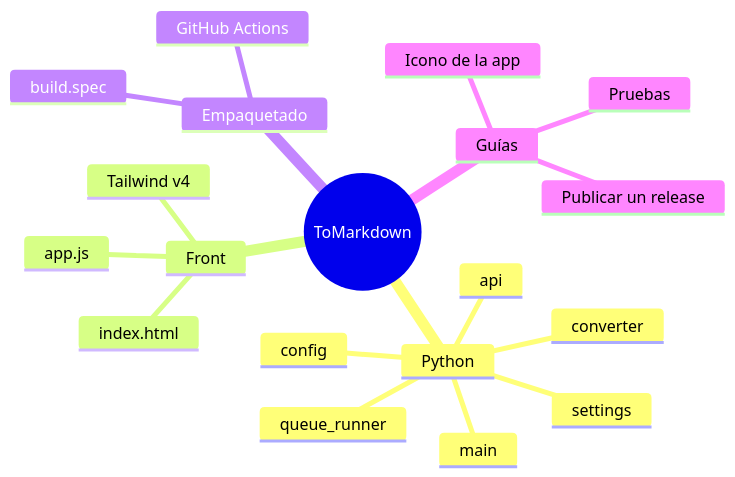
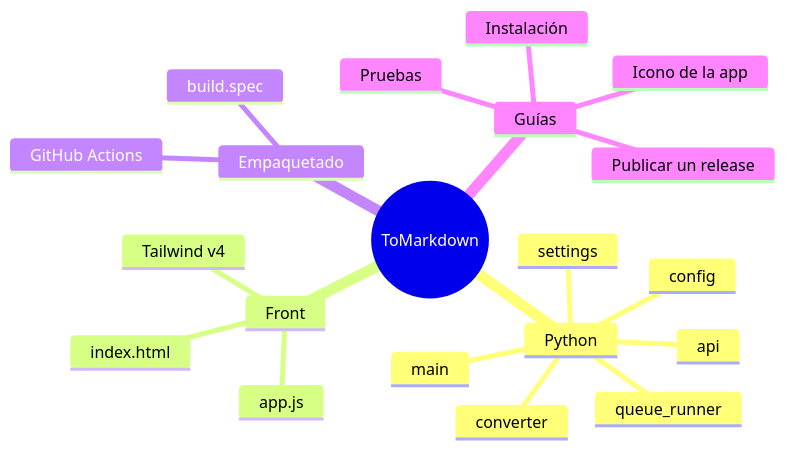
The diagram in docs/index.md (YERCKEN/tomarkdown), drawn with Mermaid before and after one commit. The commit also changed other lines of this file and 14 other files, not shown here.

````diff
--- a/docs/index.md
+++ b/docs/index.md
@@ -32,22 +33,23 @@
 ```mermaid
 mindmap
   root((ToMarkdown))
     Python
       config
       converter
       queue_runner
       api
       settings
       main
     Front
       index.html
       app.js
       Tailwind v4
     Empaquetado
       build.spec
       GitHub Actions
     Guías
+      Instalación
       Icono de la app
       Pruebas
       Publicar un release
 ```
````
